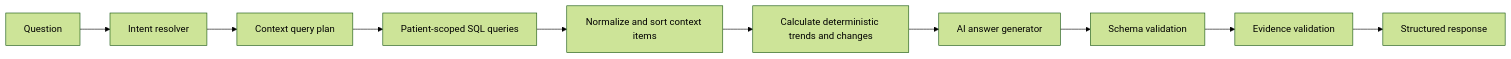
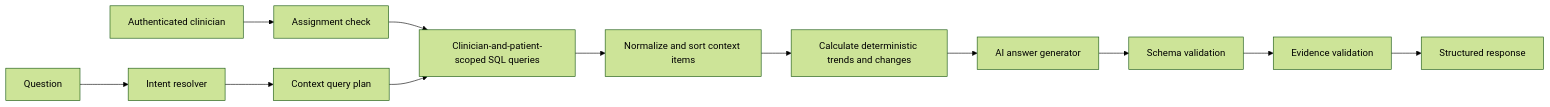
Before and after one commit to myagmb28Dev/Patienty: the fourth of 4 diagrams in docs/architecture.md, drawn with Mermaid (forest theme). The commit also changed other lines of this file and 106 other files, not shown here.

Commit message:
feat: build authenticated patient copilot MVP

````diff
--- a/docs/architecture.md
+++ b/docs/architecture.md
@@ -323,12 +389,14 @@
 ```mermaid
 flowchart LR
+    Session[Authenticated clinician] --> Scope[Assignment check]
     Question --> Intent[Intent resolver]
     Intent --> Plan[Context query plan]
-    Plan --> Query[Patient-scoped SQL queries]
+    Scope --> Query[Clinician-and-patient-scoped SQL queries]
+    Plan --> Query
     Query --> Normalize[Normalize and sort context items]
     Normalize --> Rules[Calculate deterministic trends and changes]
     Rules --> Generator[AI answer generator]
     Generator --> Schema[Schema validation]
     Schema --> Evidence[Evidence validation]
     Evidence --> Response[Structured response]
 ```
````
